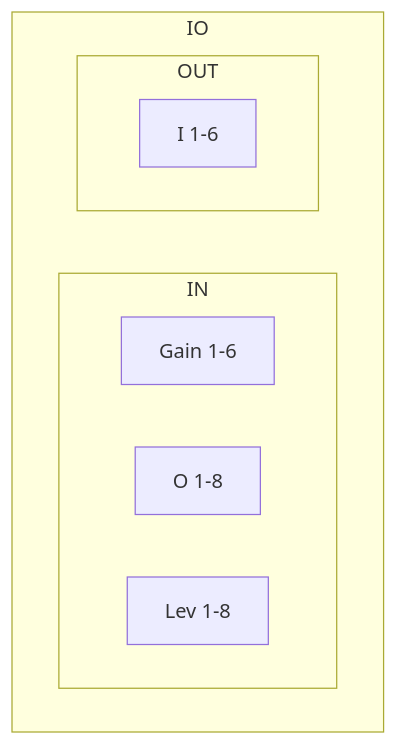
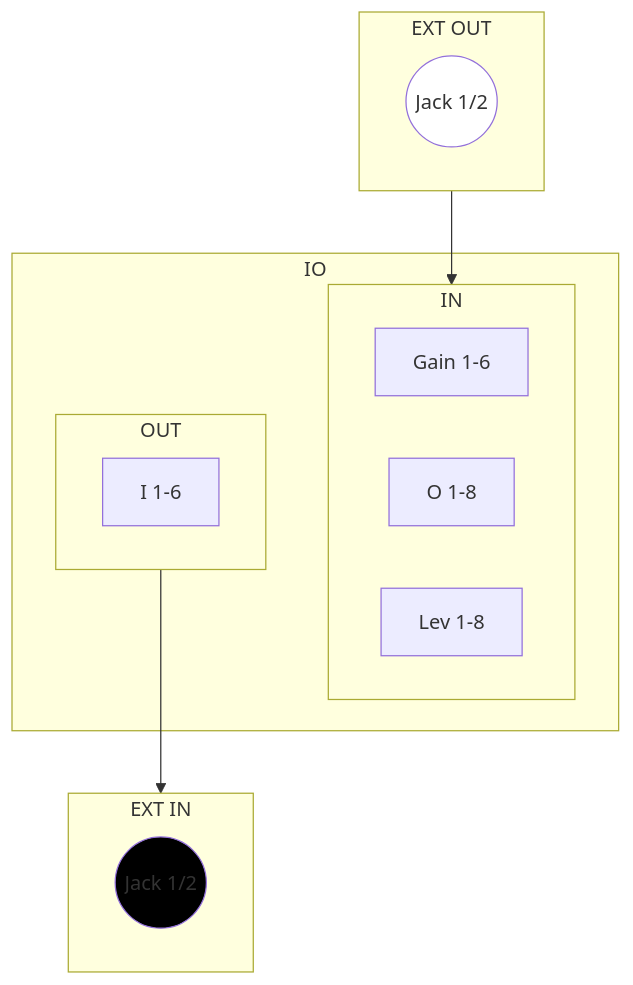
The eighth of 30 diagrams in README.md (acumartini/dectet-public), drawn with Mermaid before and after one commit. The commit also changed other lines of this file, not shown here.

````diff
--- a/README.md
+++ b/README.md
@@ -927,15 +959,27 @@
 ```mermaid
 flowchart TD
   subgraph IO
     subgraph IO_IN[IN]
       direction LR
         IO_IN_Gain[Gain 1-6]
         IO_IN_O[O 1-8]
         IO_IN_Lev[Lev 1-8]
     end
     subgraph IO_OUT[OUT]
       direction LR
         IO_OUT_I[I 1-6]
     end
   end
+subgraph EXT_IN[EXT IN]
+    direction LR
+      EXT_In_Jack((Jack 1/2))
+  end
+  subgraph EXT_OUT[EXT OUT]
+    direction LR
+      EXT_OUT_Jack((Jack 1/2))
+  end
+EXT_OUT_Jack-->IO_IN
+IO_OUT-->EXT_IN
+style EXT_In_Jack fill:#000
+style EXT_OUT_Jack fill:#fff
 ```
````
